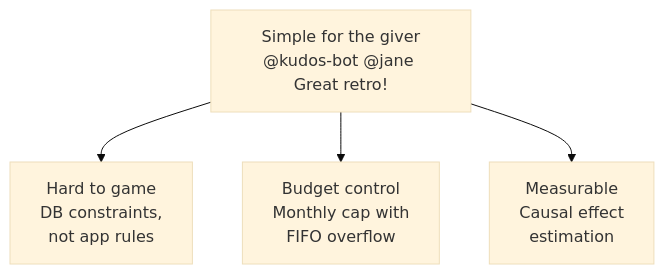
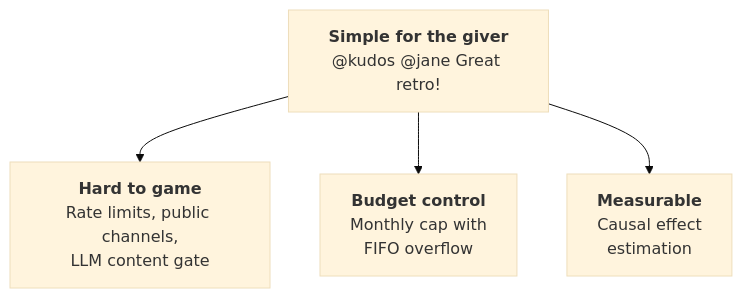
Before and after one commit to samanklesaria/kudos-bot: the second of 6 diagrams in presentation/slideshow.md, drawn with Mermaid (base theme). The commit also changed other lines of this file and 10 other files, not shown here.

````diff
--- a/presentation/slideshow.md
+++ b/presentation/slideshow.md
@@ -24,6 +16,6 @@
 ```mermaid
 graph TD
-    A["Simple for the giver<br>@kudos-bot @jane Great retro!"] --> B["Hard to game<br>DB constraints,<br>not app rules"]
-    A --> C["Budget control<br>Monthly cap with<br>FIFO overflow"]
-    A --> D["Measurable<br>Causal effect<br>estimation"]
+    A["<b>Simple for the giver</b><br>@kudos @jane Great retro!"] --> B["<b>Hard to game</b><br>Rate limits, public channels,<br>LLM content gate"]
+    A --> C["<b>Budget control</b><br>Monthly cap with<br>FIFO overflow"]
+    A --> D["<b>Measurable</b><br>Causal effect<br>estimation"]
 ```
````
